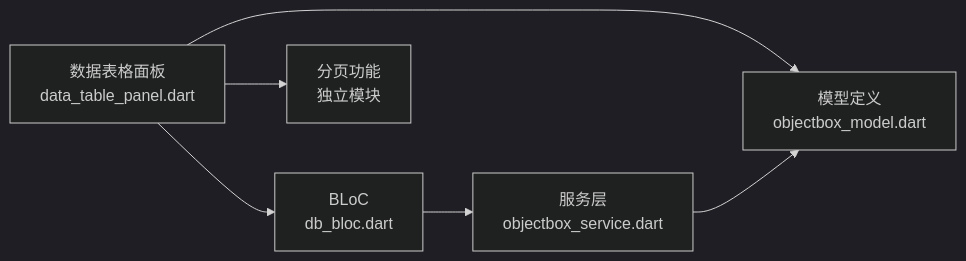
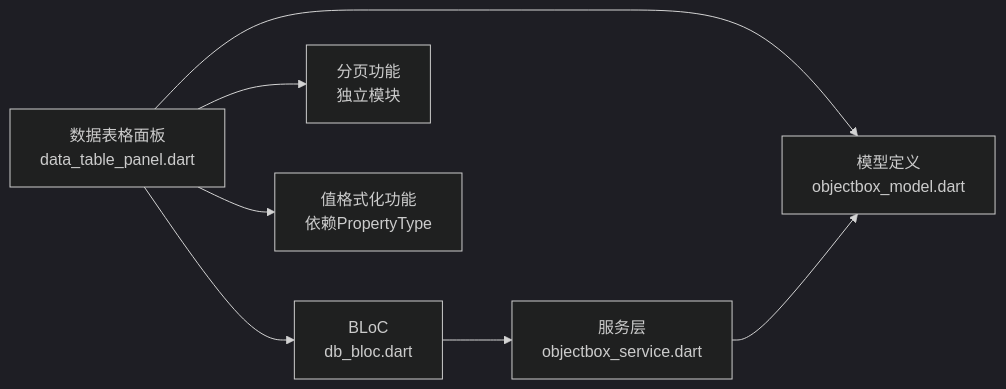
One commit to kongpf8848/objectbox_viewer changed the seventh of 8 diagrams in .qoder/repowiki/zh/content/UI 组件/数据表格面板.md. Above: the diagram before and after it, drawn with Mermaid (dark theme). The commit also changed other lines of this file and 9 other files, not shown here.

````diff
--- a/.qoder/repowiki/zh/content/UI 组件/数据表格面板.md
+++ b/.qoder/repowiki/zh/content/UI 组件/数据表格面板.md
@@ -340,8 +372,9 @@
 ```mermaid
 graph LR
 UI["数据表格面板<br/>data_table_panel.dart"] --> Model["模型定义<br/>objectbox_model.dart"]
 UI --> Bloc["BLoC<br/>db_bloc.dart"]
 Bloc --> Service["服务层<br/>objectbox_service.dart"]
 Service --> Model
 UI --> Pagination["分页功能<br/>独立模块"]
+UI --> ValueFormatting["值格式化功能<br/>依赖PropertyType"]
 ```
````
